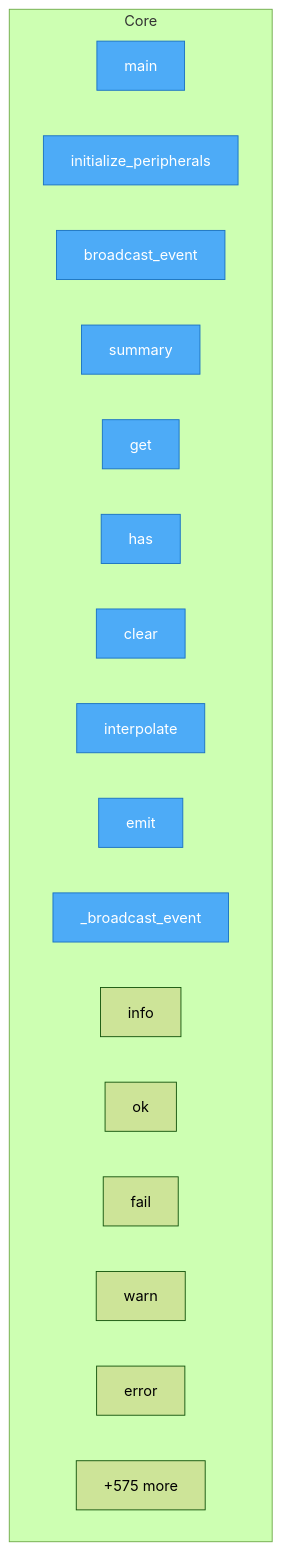
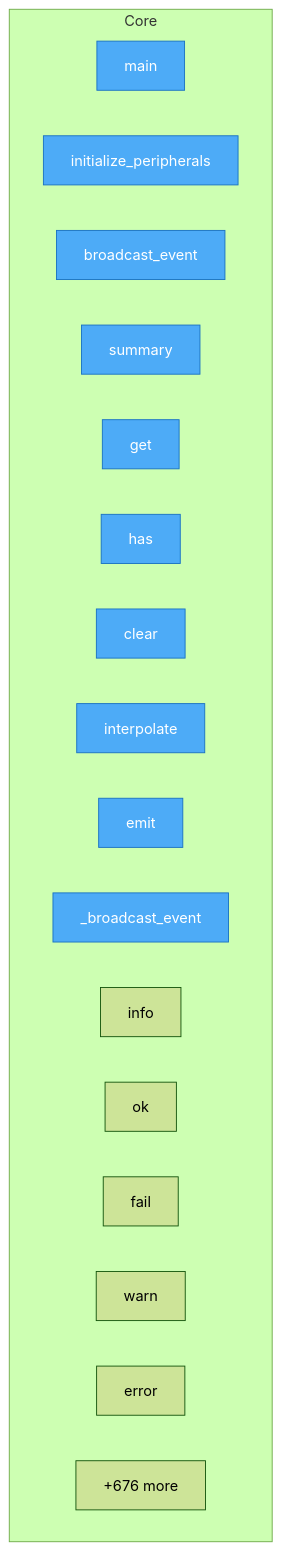
One commit to oqlos/oqlos changed the diagram in project/flow.mmd. Above: the diagram before and after it, drawn with Mermaid (forest theme). The commit also changed 19 other files, not shown here.

```diff
--- a/project/flow.mmd
+++ b/project/flow.mmd
@@ -1,26 +1,26 @@
 flowchart TD
 %% generated in 0.02s
 
     %% Entry points (blue)
     classDef entry fill:#4dabf7,stroke:#1971c2,color:#fff
 
     subgraph Core
         setup_hardware_and_run_oql__main["main"]
         oqlos__core__state__StateManager__initialize_peripherals["initialize_peripherals"]
         oqlos__core__state__StateManager__broadcast_event["broadcast_event"]
         oqlos__core__base__ScriptResult__summary["summary"]
         oqlos__core__base__VariableStore__get["get"]
         oqlos__core__base__VariableStore__has["has"]
         oqlos__core__base__VariableStore__clear["clear"]
         oqlos__core__base__VariableStore__interpolate["interpolate"]
         oqlos__core__base__InterpreterOutput__emit["emit"]
         oqlos__core__base__InterpreterOutput___broadcast_event["_broadcast_event"]
         oqlos__core__base__InterpreterOutput__info["info"]
         oqlos__core__base__InterpreterOutput__ok["ok"]
         oqlos__core__base__InterpreterOutput__fail["fail"]
         oqlos__core__base__InterpreterOutput__warn["warn"]
         oqlos__core__base__InterpreterOutput__error["error"]
-        ...["+575 more"]
+        ...["+676 more"]
     end
 
     class setup_hardware_and_run_oql__main,oqlos__core__state__StateManager__initialize_peripherals,oqlos__core__state__StateManager__broadcast_event,oqlos__core__base__ScriptResult__summary,oqlos__core__base__VariableStore__get,oqlos__core__base__VariableStore__has,oqlos__core__base__VariableStore__clear,oqlos__core__base__VariableStore__interpolate,oqlos__core__base__InterpreterOutput__emit,oqlos__core__base__InterpreterOutput___broadcast_event entry
```
